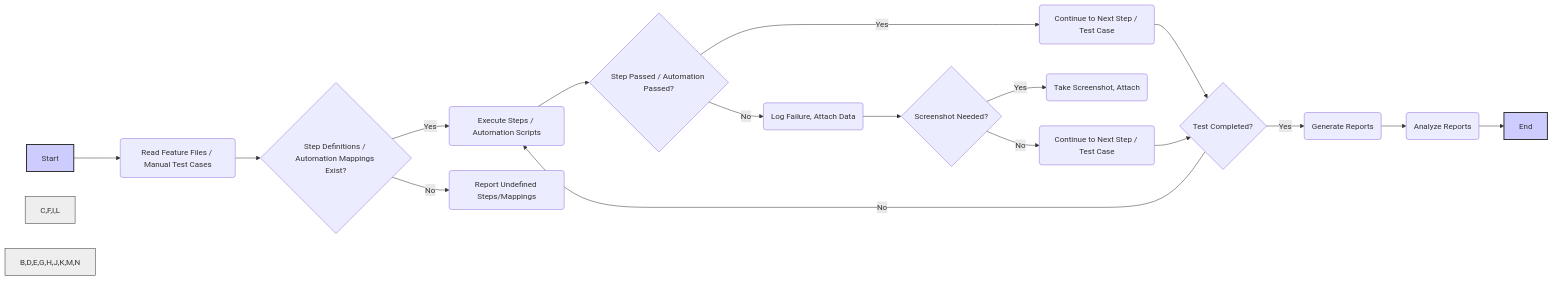
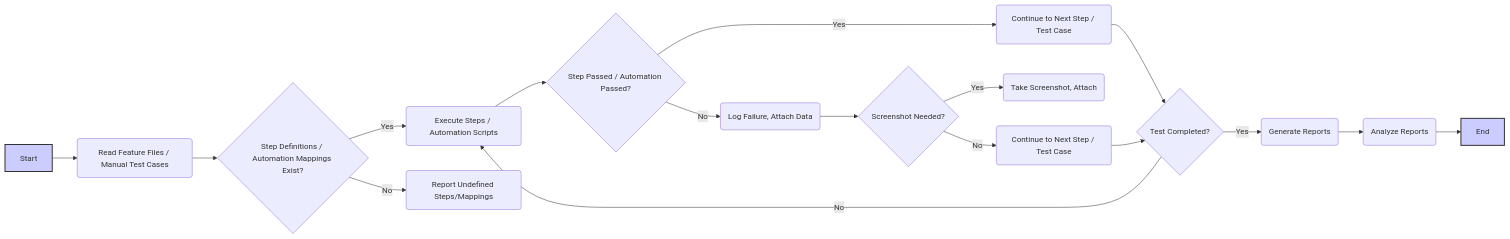
The second of 2 diagrams in README.md (Yash954564/SAWMPED-AATUMATION), drawn with Mermaid before and after one commit. The commit also changed other lines of this file, not shown here.

````diff
--- a/README.md
+++ b/README.md
@@ -729,23 +727,21 @@
 ```mermaid
 graph LR
     A[Start] --> B(Read Feature Files / Manual Test Cases);
     B --> C{Step Definitions / Automation Mappings Exist?};
      C -- Yes --> D(Execute Steps / Automation Scripts);
     C -- No --> E(Report Undefined Steps/Mappings);
     D --> F{Step Passed / Automation Passed?};
     F -- Yes --> G(Continue to Next Step / Test Case);
     F -- No --> H(Log Failure, Attach Data);
     H --> I{Screenshot Needed?};
     I -- Yes --> J(Take Screenshot, Attach);
     I -- No --> K(Continue to Next Step / Test Case);
     G --> L{Test Completed?};
     K --> L;
     L -- Yes --> M(Generate Reports);
      L -- No --> D
     M --> N(Analyze Reports);
     N --> O[End];
      style A fill:#ccf,stroke:#333,stroke-width:2px
        style O fill:#ccf,stroke:#333,stroke-width:2px
-    style C,F,I,L fill:#eee,stroke:#333,stroke-width:1px
-     style B,D,E,G,H,J,K,M,N fill:#eee,stroke:#333,stroke-width:1px
 ```
````
